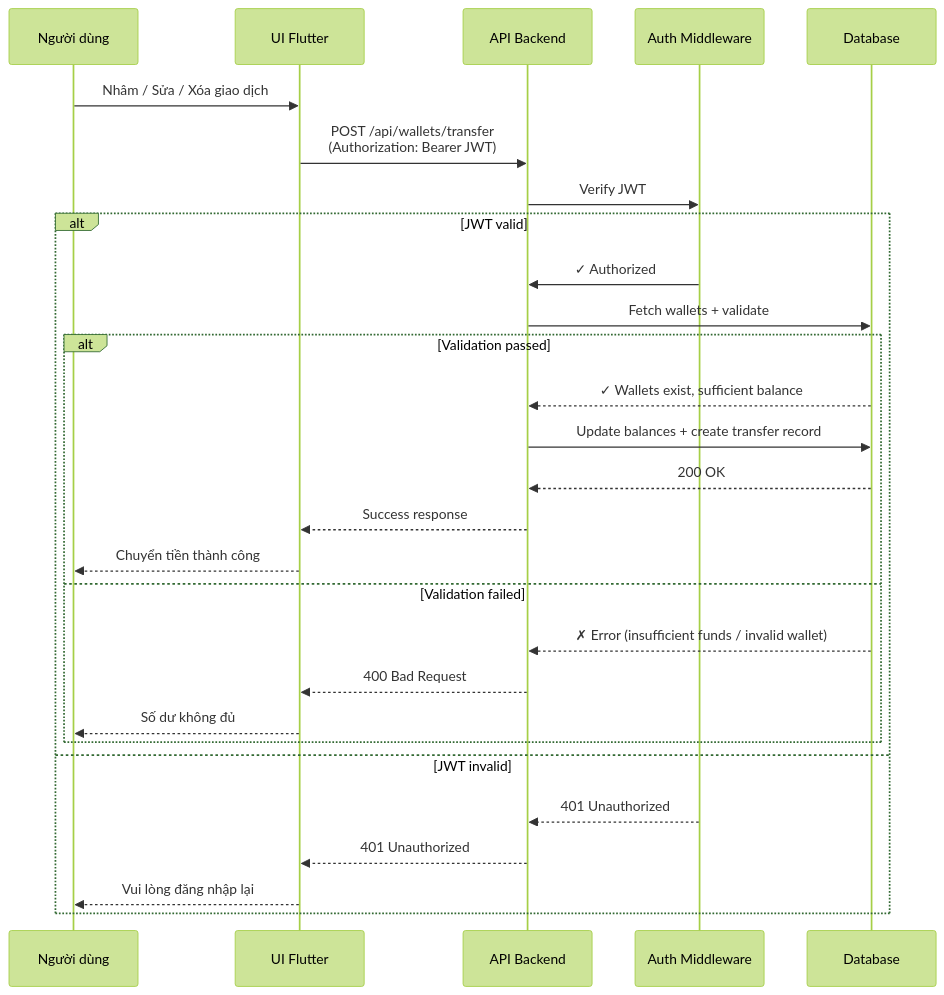
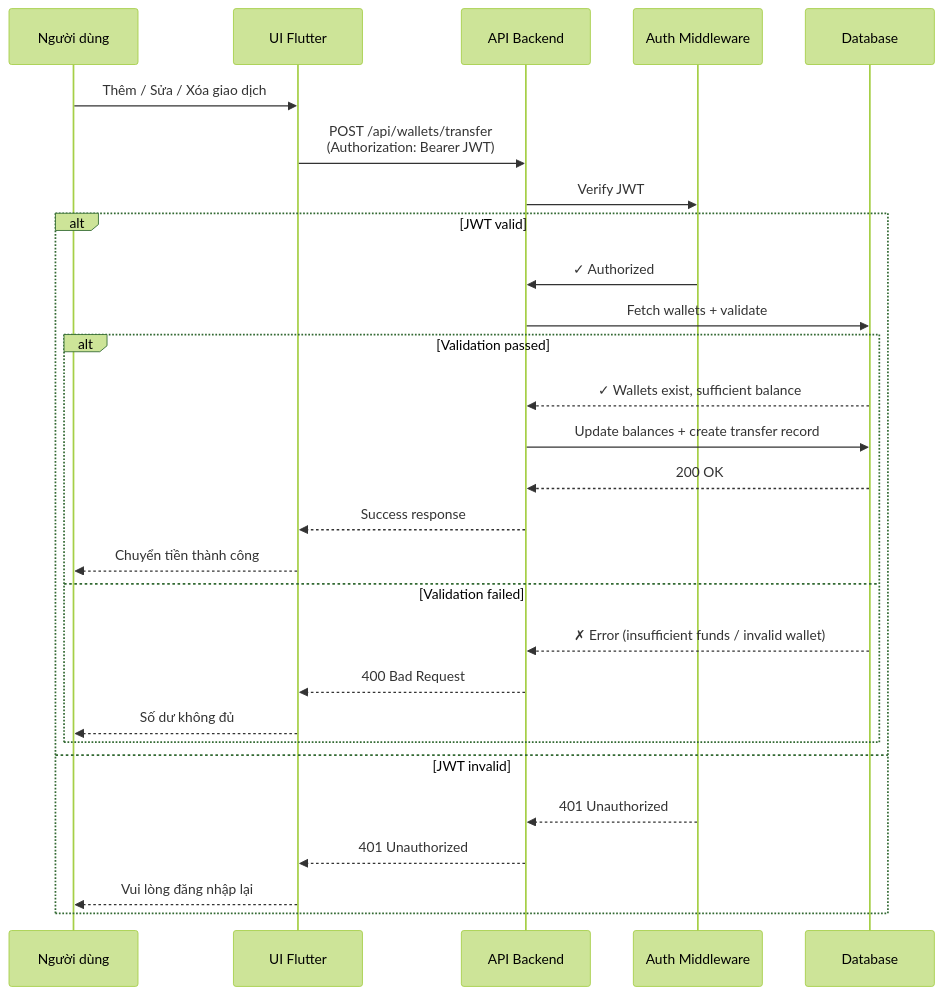
One commit to Minh08012005/SmartSpender changed the diagram in docs/diagrams/wallet_transfer_simple_slide.md. Above: the diagram before and after it, drawn with Mermaid (forest theme). The commit also changed other lines of this file and 1 other file, not shown here.

Commit message:
fix: correct text in wallet transfer sequence diagram

````diff
--- a/docs/diagrams/wallet_transfer_simple_slide.md
+++ b/docs/diagrams/wallet_transfer_simple_slide.md
@@ -5,32 +5,32 @@
 ```mermaid
 sequenceDiagram
     participant User as Người dùng
     participant UI as UI Flutter
     participant API as API Backend
     participant Auth as Auth Middleware
     participant DB as Database
 
-    User->>UI: Nhâm / Sửa / Xóa giao dịch
+    User->>UI: Thêm / Sửa / Xóa giao dịch
     UI->>API: POST /api/wallets/transfer<br/>(Authorization: Bearer JWT)
     API->>Auth: Verify JWT
-    
+
     alt JWT valid
         Auth->>API: ✓ Authorized
         API->>DB: Fetch wallets + validate
         alt Validation passed
             DB-->>API: ✓ Wallets exist, sufficient balance
             API->>DB: Update balances + create transfer record
             DB-->>API: 200 OK
             API-->>UI: Success response
             UI-->>User: Chuyển tiền thành công
         else Validation failed
             DB-->>API: ✗ Error (insufficient funds / invalid wallet)
             API-->>UI: 400 Bad Request
             UI-->>User: Số dư không đủ
         end
     else JWT invalid
         Auth-->>API: 401 Unauthorized
         API-->>UI: 401 Unauthorized
         UI-->>User: Vui lòng đăng nhập lại
     end
 ```
````
